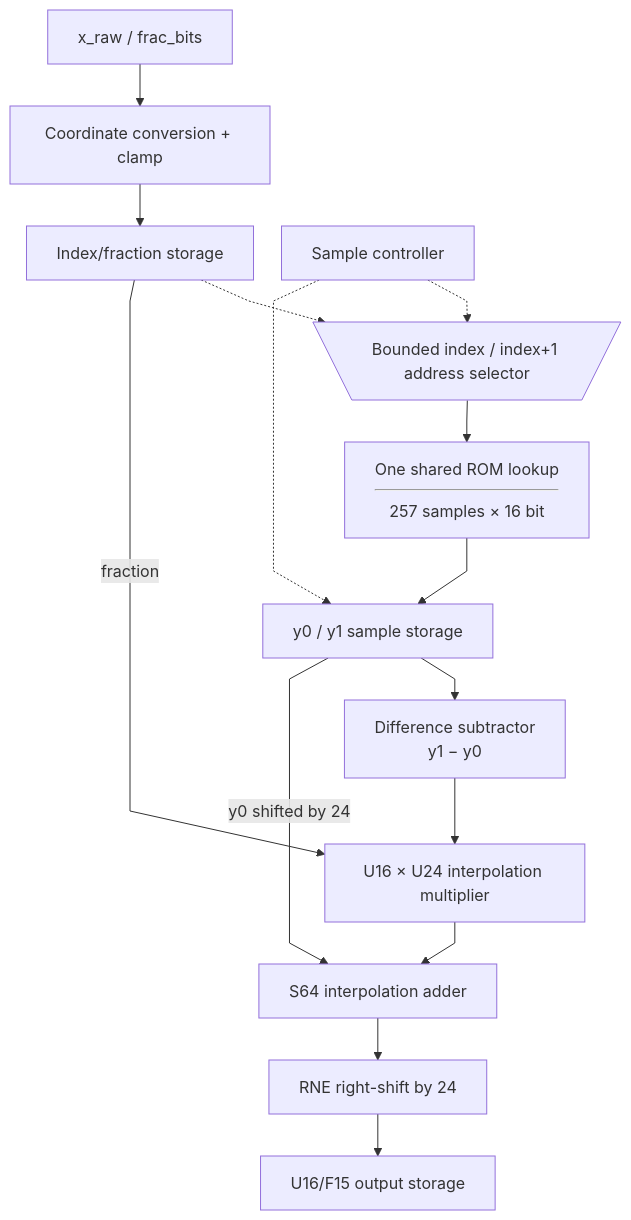
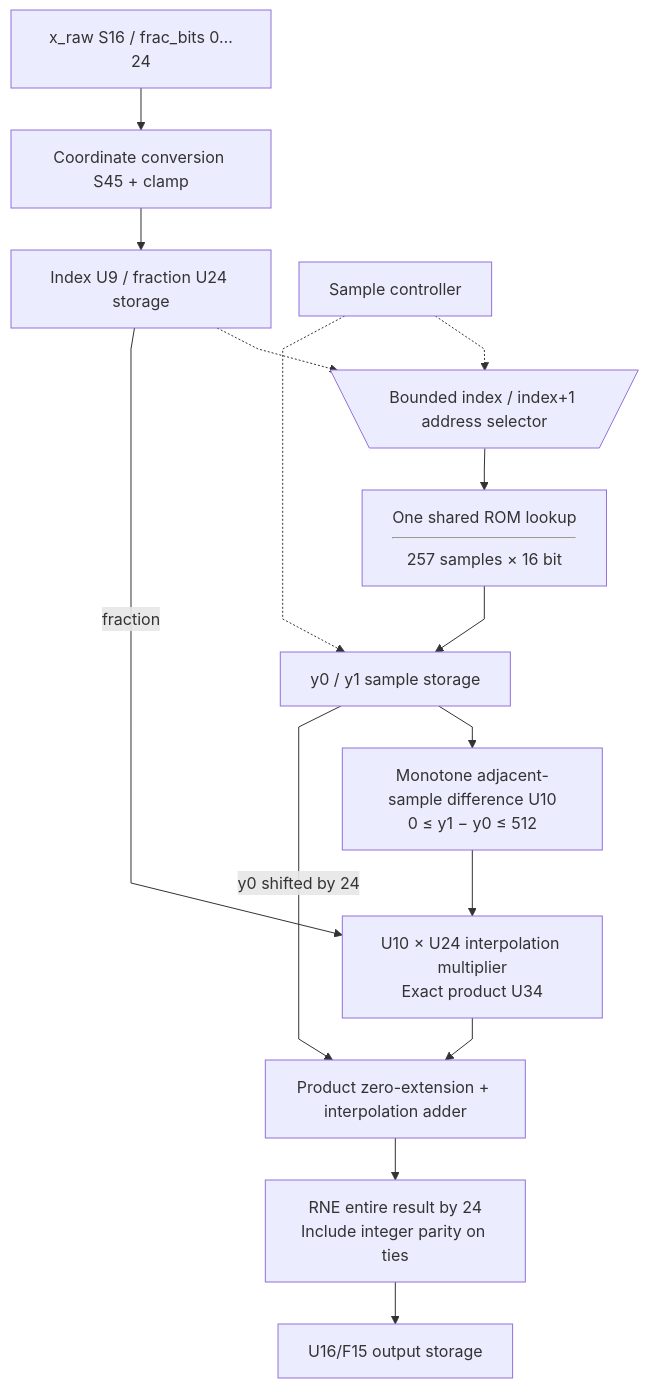
One commit to nguyennhutkhanhtom/NPU changed the second of 2 diagrams in docs/source_guide/blocks/sigmoid.sv.md. Above: the diagram before and after it, drawn with Mermaid. The commit also changed other lines of this file and 123 other files, not shown here.

````diff
--- a/docs/source_guide/blocks/sigmoid.sv.md
+++ b/docs/source_guide/blocks/sigmoid.sv.md
@@ -181,18 +135,18 @@
 ```mermaid
 flowchart TB
 %%{init: {"flowchart": {"subGraphTitleMargin": {"top": 8, "bottom": 20}, "nodeSpacing": 28, "rankSpacing": 42, "curve": "linear"}}}%%
-    X["x_raw / frac_bits"] --> COORD["Coordinate conversion + clamp"]
-    COORD --> IDX["Index/fraction storage"]
+    X["x_raw S16 / frac_bits 0…24"] --> COORD["Coordinate conversion S45 + clamp"]
+    COORD --> IDX["Index U9 / fraction U24 storage"]
     IDX -.-> ADDR@{ shape: trap-t, label: "Bounded index / index+1 address selector" }
     CTRL["Sample controller"] -.-> ADDR
     ADDR --> ROM@{ shape: rect, label: "One shared ROM lookup<hr/>257 samples × 16 bit" }
     ROM --> SAMPLE["y0 / y1 sample storage"]
     CTRL -.-> SAMPLE
-    SAMPLE --> SUB["Difference subtractor<br/>y1 − y0"]
-    SUB --> MUL["U16 × U24 interpolation multiplier"]
+    SAMPLE --> SUB["Monotone adjacent-sample difference U10<br/>0 ≤ y1 − y0 ≤ 512"]
+    SUB --> MUL["U10 × U24 interpolation multiplier<br/>Exact product U34"]
     IDX -->|"fraction"| MUL
-    MUL --> ADD["S64 interpolation adder"]
+    MUL --> ADD["Product zero-extension + interpolation adder"]
     SAMPLE -->|"y0 shifted by 24"| ADD
-    ADD --> RNE["RNE right-shift by 24"]
+    ADD --> RNE["RNE entire result by 24<br/>Include integer parity on ties"]
     RNE --> Y["U16/F15 output storage"]
 ```
````
